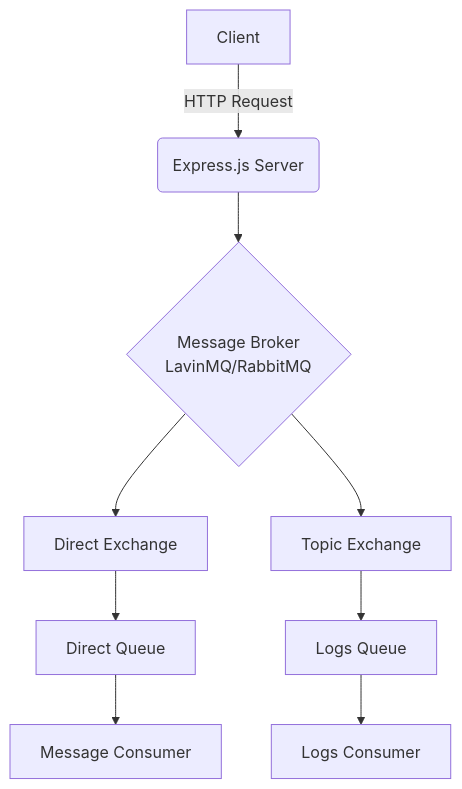
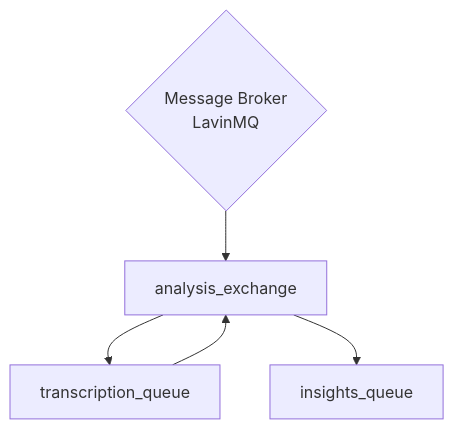
Before and after one commit to UXcaptain/transcription-service: the diagram in README.md, drawn with Mermaid. The commit also changed other lines of this file and 3 other files, not shown here.

````diff
--- a/README.md
+++ b/README.md
@@ -119,11 +119,9 @@
 ```mermaid
 graph TD
-    A[Client] -->|HTTP Request| B(Express.js Server)
-    B --> C{Message Broker<br/>LavinMQ/RabbitMQ}
-    C --> D[Direct Exchange]
-    C --> E[Topic Exchange]
-    D --> F[Direct Queue]
-    E --> G[Logs Queue]
-    F --> H[Message Consumer]
-    G --> I[Logs Consumer]
+    
+    C{Message Broker<br/>LavinMQ}
+    C --> D[analysis_exchange]
+    D --> F[transcription_queue]
+    F --> D[analysis_exchange]
+    D --> I[insights_queue]
 ```
````
